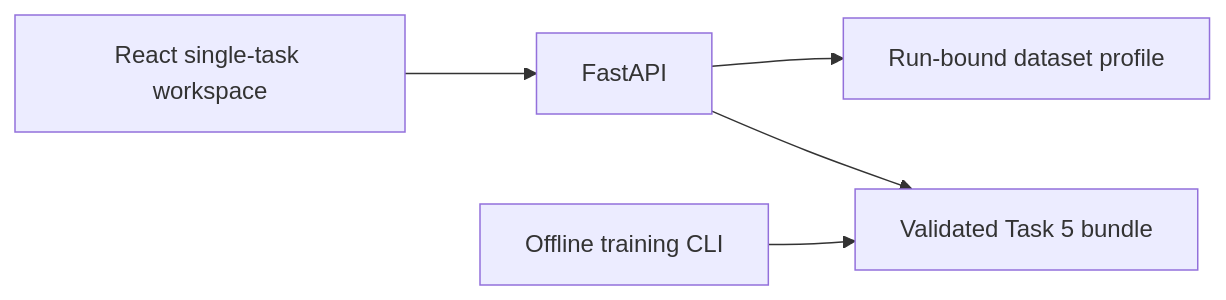
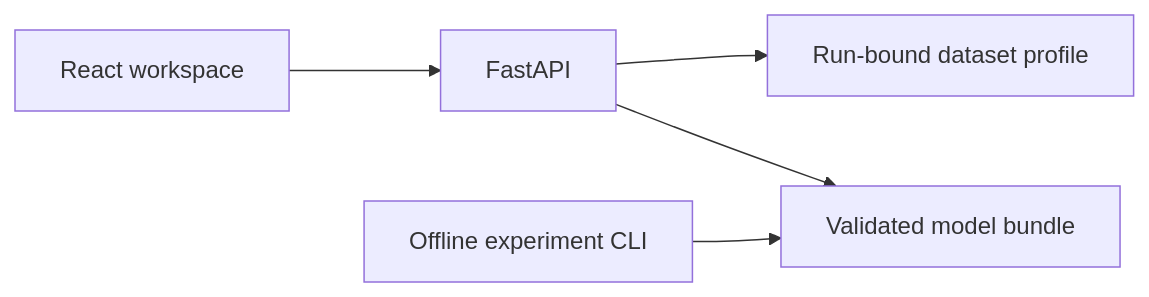
One commit to ShafwanAdhi/netflix-trend-forecasting changed the diagram in docs/ARCHITECTURE.md. Above: the diagram before and after it, drawn with Mermaid. The commit also changed other lines of this file and 96 other files, not shown here.

````diff
--- a/docs/ARCHITECTURE.md
+++ b/docs/ARCHITECTURE.md
@@ -3,7 +3,7 @@
 ```mermaid
 flowchart LR
-    UI[React single-task workspace] --> API[FastAPI]
+    UI[React workspace] --> API[FastAPI]
     API --> D[Run-bound dataset profile]
-    API --> B[Validated Task 5 bundle]
-    CLI[Offline training CLI] --> B
+    API --> B[Validated model bundle]
+    CLI[Offline experiment CLI] --> B
 ```
````
